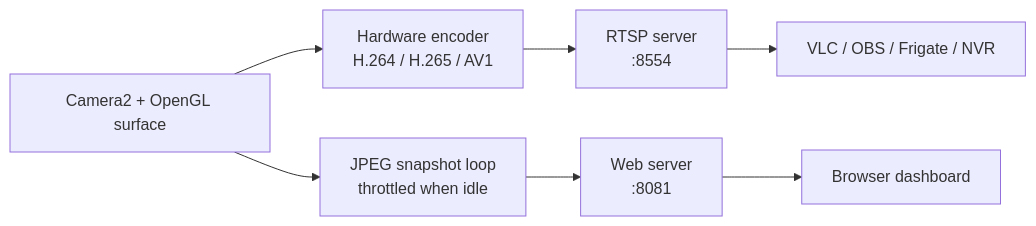
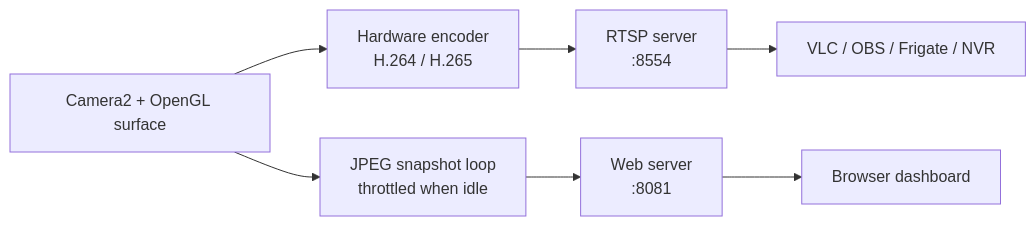
The diagram in README.md (fecloud/RTSP-CCTV-App), drawn with Mermaid before and after one commit. The commit also changed other lines of this file and 5 other files, not shown here.

````diff
--- a/README.md
+++ b/README.md
@@ -78,11 +78,11 @@
 ```mermaid
 flowchart LR
-    CAM[Camera2 + OpenGL surface] --> ENC[Hardware encoder<br/>H.264 / H.265 / AV1]
+    CAM[Camera2 + OpenGL surface] --> ENC[Hardware encoder<br/>H.264 / H.265]
     CAM --> SNAP[JPEG snapshot loop<br/>throttled when idle]
 
     ENC --> RTSP[RTSP server<br/>:8554]
     SNAP --> WEB[Web server<br/>:8081]
 
     RTSP --> NVR[VLC / OBS / Frigate / NVR]
     WEB --> BROWSER[Browser dashboard]
 ```
````
